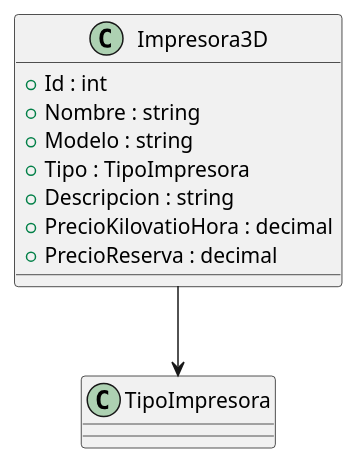
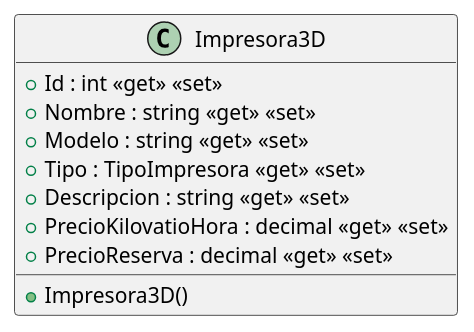
The diagram in src/AppForSEII.API/ClassDiagram/Impresora3D.puml (ISIIA2627DAKOI9SE/ISIIA2627DAKOI9SE), drawn with PlantUML before and after one commit. The commit also changed 3 other files, not shown here.

Commit message:
fix(classDiagram):Se han corregido relaciones  para la cardinalidad de las enumeraciones

```diff
--- a/src/AppForSEII.API/ClassDiagram/Impresora3D.puml
+++ b/src/AppForSEII.API/ClassDiagram/Impresora3D.puml
@@ -1,15 +1,14 @@
 @startuml
 
 class Impresora3D {
-    + Id : int
-    + Nombre : string
-    + Modelo : string
-    + Tipo : TipoImpresora
-    + Descripcion : string
-    + PrecioKilovatioHora : decimal
-    + PrecioReserva : decimal
+    + Impresora3D()
+    + Id : int <<get>> <<set>>
+    + Nombre : string <<get>> <<set>>
+    + Modelo : string <<get>> <<set>>
+    + Tipo : TipoImpresora <<get>> <<set>>
+    + Descripcion : string <<get>> <<set>>
+    + PrecioKilovatioHora : decimal <<get>> <<set>>
+    + PrecioReserva : decimal <<get>> <<set>>
 }
 
-Impresora3D --> TipoImpresora
-
 @enduml
```
